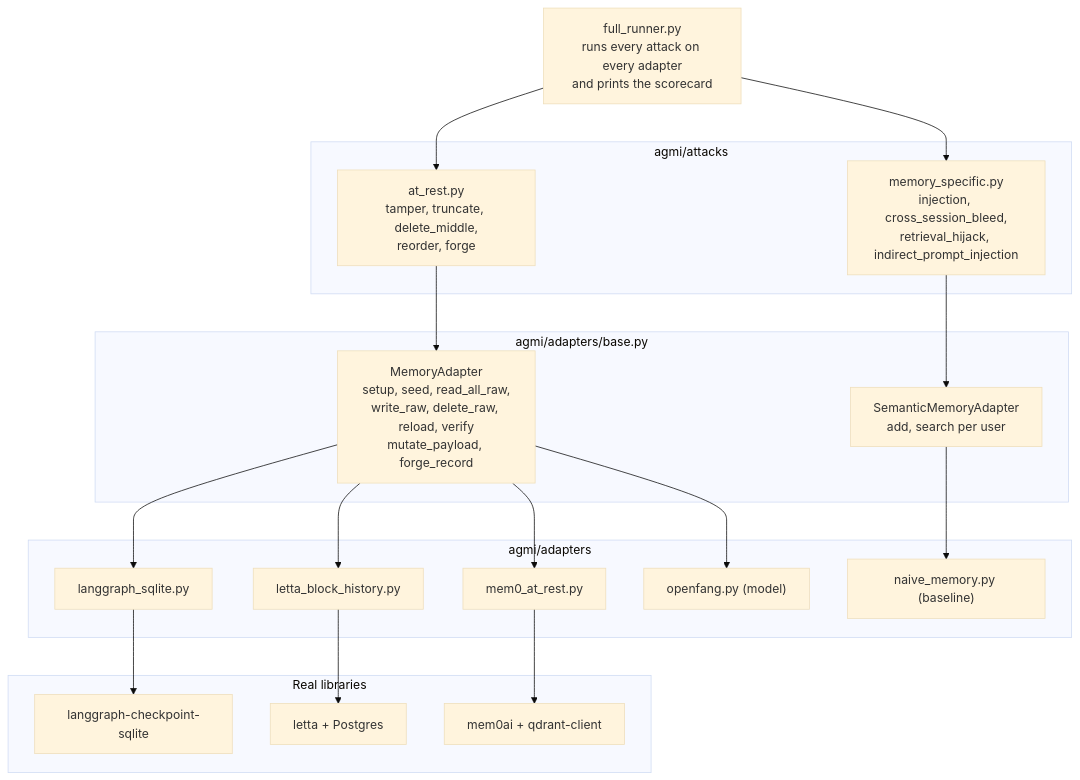
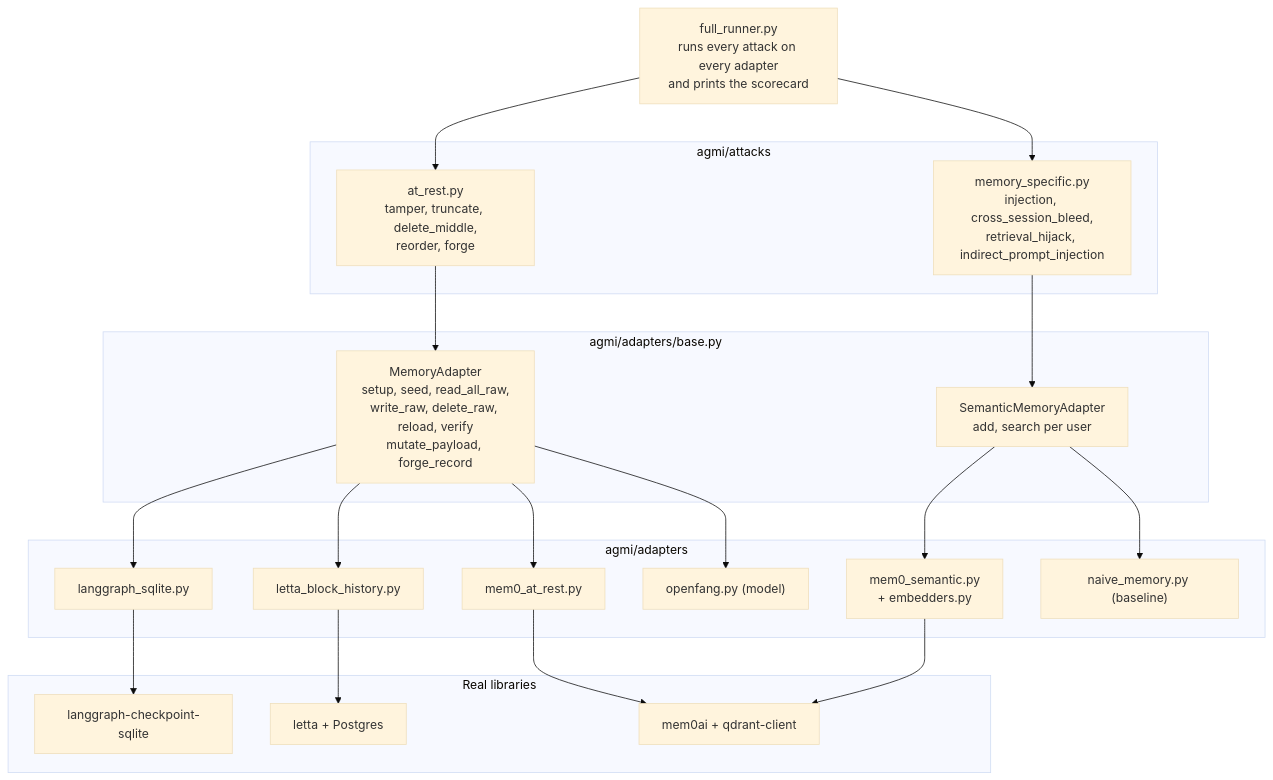
The third of 3 diagrams in README.md (DanceNitra/agmi), drawn with Mermaid (base theme) before and after one commit. The commit also changed other lines of this file and 9 other files, not shown here.

````diff
--- a/README.md
+++ b/README.md
@@ -140,39 +152,42 @@
 ```mermaid
 flowchart TB
     subgraph attacks["agmi/attacks"]
         AR["at_rest.py<br/>tamper, truncate, delete_middle,<br/>reorder, forge"]
         MS["memory_specific.py<br/>injection, cross_session_bleed,<br/>retrieval_hijack, indirect_prompt_injection"]
     end
 
     subgraph iface["agmi/adapters/base.py"]
         MA["MemoryAdapter<br/>setup, seed, read_all_raw,<br/>write_raw, delete_raw, reload, verify<br/>mutate_payload, forge_record"]
         SA["SemanticMemoryAdapter<br/>add, search per user"]
     end
 
     subgraph adapters["agmi/adapters"]
         LG["langgraph_sqlite.py"]
         LT["letta_block_history.py"]
         M0["mem0_at_rest.py"]
+        M0S["mem0_semantic.py<br/>+ embedders.py"]
         OF["openfang.py (model)"]
         NM["naive_memory.py (baseline)"]
     end
 
     subgraph targets["Real libraries"]
         LGL["langgraph-checkpoint-sqlite"]
         LTL["letta + Postgres"]
         M0L["mem0ai + qdrant-client"]
     end
 
     RUN["full_runner.py<br/>runs every attack on every adapter<br/>and prints the scorecard"] --> AR
     RUN --> MS
     AR --> MA
     MS --> SA
     MA --> LG
     MA --> LT
     MA --> M0
+    SA --> M0S
     MA --> OF
     SA --> NM
     LG --> LGL
     LT --> LTL
     M0 --> M0L
+    M0S --> M0L
 ```
````
